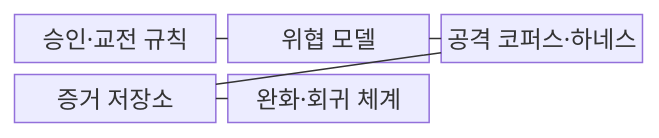
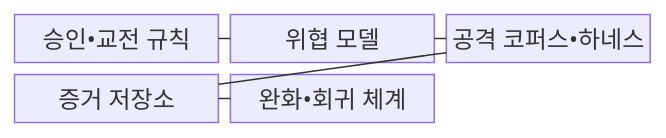
Before and after one commit to agnusdei1207/knowledge-base: the first of 2 diagrams in src/content/docs/notes/08-latest-tech/115_ai_red_teaming.md, drawn with Mermaid. The commit also changed other lines of this file and 953 other files, not shown here.

````diff
--- a/src/content/docs/notes/08-latest-tech/115_ai_red_teaming.md
+++ b/src/content/docs/notes/08-latest-tech/115_ai_red_teaming.md
@@ -68,13 +68,13 @@
 ```mermaid
 block-beta
     columns 3
-    R["승인·교전 규칙"]
+    R["승인•교전 규칙"]
     T["위협 모델"]
-    H["공격 코퍼스·하네스"]
+    H["공격 코퍼스•하네스"]
     E["증거 저장소"]
-    M["완화·회귀 체계"]
+    M["완화•회귀 체계"]
     R --- T
     T --- H
     H --- E
     E --- M
 ```
````
